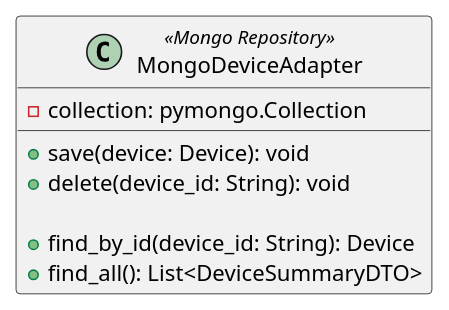
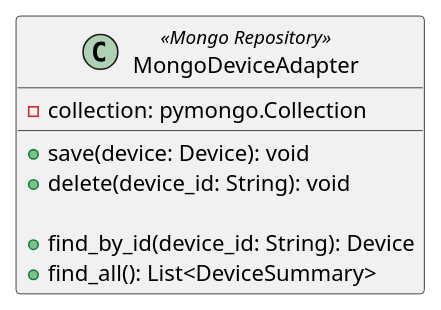
Before and after one commit to GroupRubberDuck/Documentazione: the diagram in src/PB/DocumentazioneEsterna/Specifica_Tecnica/content/uml/puml/Diagrammi_classi/Backend/OutboundAdapters/MongoDeviceAdapter.puml, drawn with PlantUML. The commit also changed 13 other files, not shown here.

Commit message:
Feat: completati diagrammi device

```diff
--- a/src/PB/DocumentazioneEsterna/Specifica_Tecnica/content/uml/puml/Diagrammi_classi/Backend/OutboundAdapters/MongoDeviceAdapter.puml
+++ b/src/PB/DocumentazioneEsterna/Specifica_Tecnica/content/uml/puml/Diagrammi_classi/Backend/OutboundAdapters/MongoDeviceAdapter.puml
@@ -1,12 +1,12 @@
 @startuml MongoDeviceAdapter
 
 class MongoDeviceAdapter <<Mongo Repository>> {
     - collection: pymongo.Collection
     + save(device: Device): void
     + delete(device_id: String): void
 
     + find_by_id(device_id: String): Device
-    + find_all(): List<DeviceSummaryDTO>
+    + find_all(): List<DeviceSummary>
 }
 
 @enduml
```
